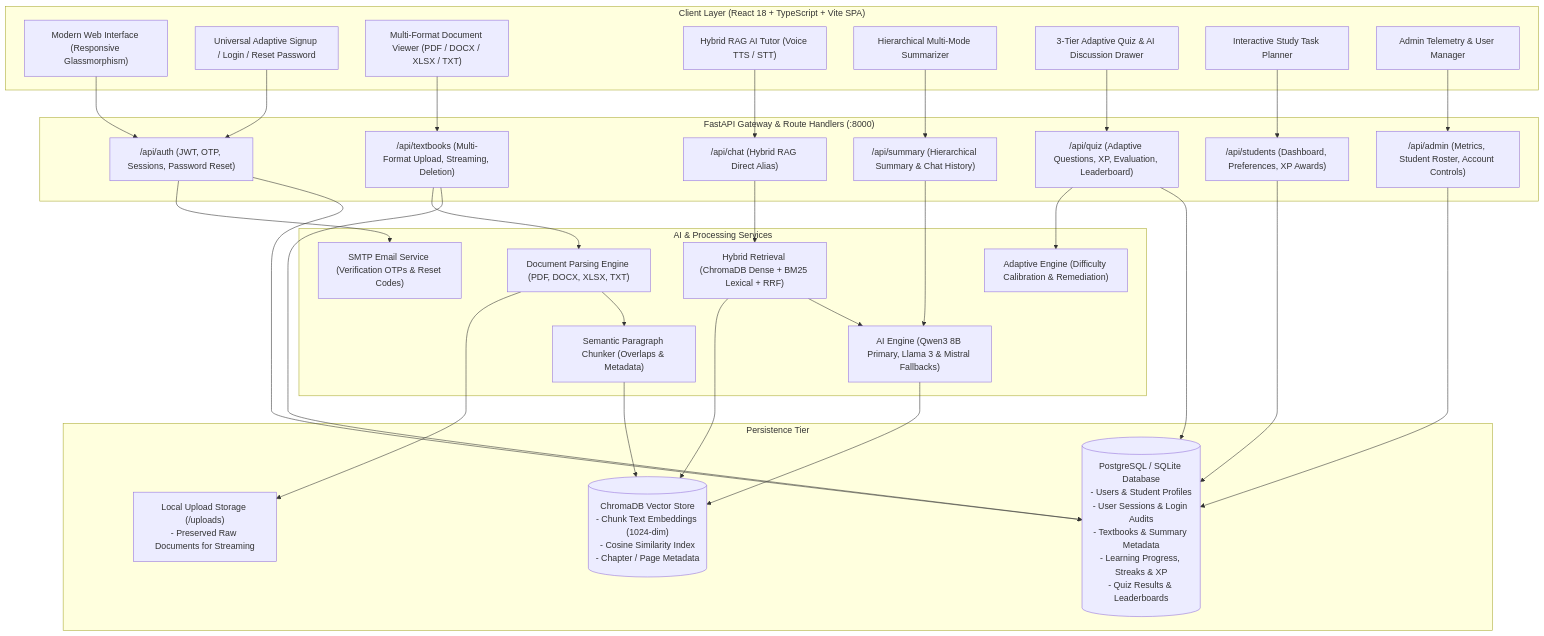
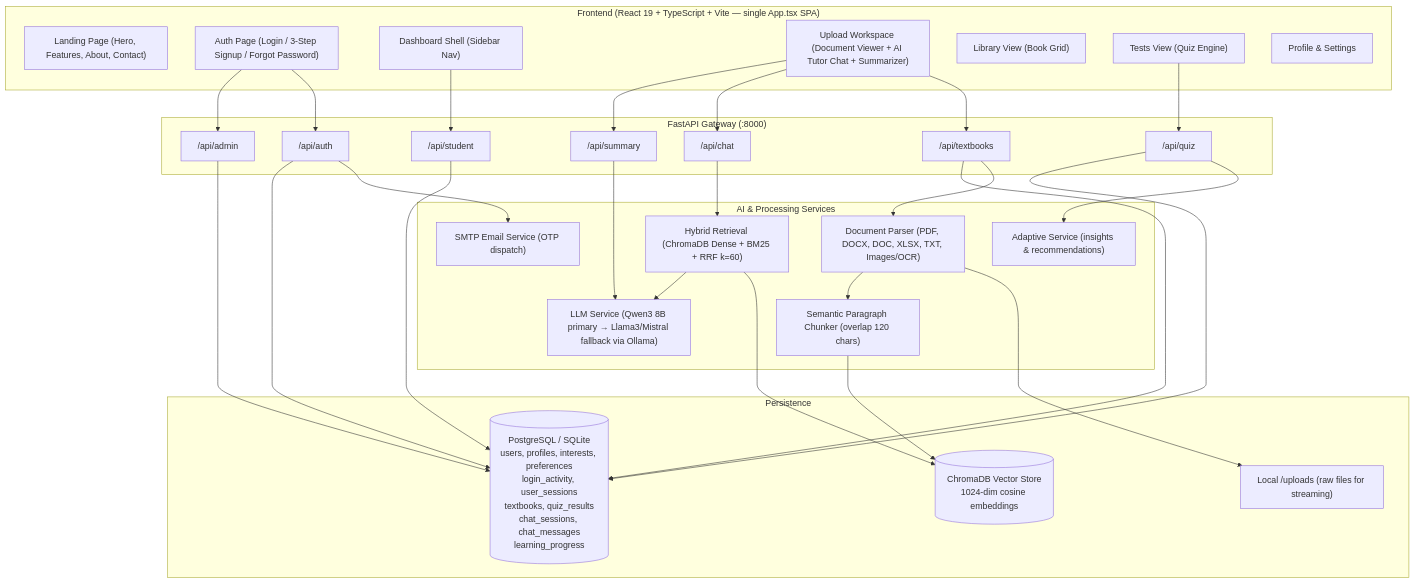
One commit to Tanushree-ponnuswamy/AARVA_LEARNING_APP changed the diagram in README.md. Above: the diagram before and after it, drawn with Mermaid. The commit also changed other lines of this file and 2 other files, not shown here.

Commit message:
docs: update documentation, README features, and detailed tech stack architecture

````diff
--- a/README.md
+++ b/README.md
@@ -61,66 +70,63 @@
 ```mermaid
 flowchart TD
-    subgraph ClientLayer ["Client Layer (React 18 + TypeScript + Vite SPA)"]
-        UI["Modern Web Interface (Responsive Glassmorphism)"]
-        AuthStepper["Universal Adaptive Signup / Login / Reset Password"]
-        DocViewer["Multi-Format Document Viewer (PDF / DOCX / XLSX / TXT)"]
-        TutorChat["Hybrid RAG AI Tutor (Voice TTS / STT)"]
-        Summarizer["Hierarchical Multi-Mode Summarizer"]
-        AdaptiveQuiz["3-Tier Adaptive Quiz & AI Discussion Drawer"]
-        TaskPlanner["Interactive Study Task Planner"]
-        AdminDashboard["Admin Telemetry & User Manager"]
+    subgraph ClientLayer ["Frontend (React 19 + TypeScript + Vite — single App.tsx SPA)"]
+        Landing["Landing Page (Hero, Features, About, Contact)"]
+        Auth["Auth Page (Login / 3-Step Signup / Forgot Password)"]
+        Dash["Dashboard Shell (Sidebar Nav)"]
+        Upload["Upload Workspace (Document Viewer + AI Tutor Chat + Summarizer)"]
+        Library["Library View (Book Grid)"]
+        Tests["Tests View (Quiz Engine)"]
+        ProfileSettings["Profile & Settings"]
     end
 
-    subgraph APILayer ["FastAPI Gateway & Route Handlers (:8000)"]
-        AuthRoute["/api/auth (JWT, OTP, Sessions, Password Reset)"]
-        AdminRoute["/api/admin (Metrics, Student Roster, Account Controls)"]
-        TextbookRoute["/api/textbooks (Multi-Format Upload, Streaming, Deletion)"]
-        SummaryRoute["/api/summary (Hierarchical Summary & Chat History)"]
-        ChatRoute["/api/chat (Hybrid RAG Direct Alias)"]
-        QuizRoute["/api/quiz (Adaptive Questions, XP, Evaluation, Leaderboard)"]
-        StudentRoute["/api/students (Dashboard, Preferences, XP Awards)"]
+    subgraph APILayer ["FastAPI Gateway (:8000)"]
+        AuthRoute["/api/auth"]
+        AdminRoute["/api/admin"]
+        TextbookRoute["/api/textbooks"]
+        SummaryRoute["/api/summary"]
+        ChatRoute["/api/chat"]
+        QuizRoute["/api/quiz"]
+        StudentRoute["/api/student"]
     end
 
     subgraph ServiceLayer ["AI & Processing Services"]
-        DocParser["Document Parsing Engine (PDF, DOCX, XLSX, TXT)"]
-        SemanticChunker["Semantic Paragraph Chunker (Overlaps & Metadata)"]
-        HybridEngine["Hybrid Retrieval (ChromaDB Dense + BM25 Lexical + RRF)"]
-        LLMService["AI Engine (Qwen3 8B Primary, Llama 3 & Mistral Fallbacks)"]
-        AdaptiveEngine["Adaptive Engine (Difficulty Calibration & Remediation)"]
-        EmailService["SMTP Email Service (Verification OTPs & Reset Codes)"]
+        DocParser["Document Parser (PDF, DOCX, DOC, XLSX, TXT, Images/OCR)"]
+        Chunker["Semantic Paragraph Chunker (overlap 120 chars)"]
+        HybridEngine["Hybrid Retrieval (ChromaDB Dense + BM25 + RRF k=60)"]
+        LLMService["LLM Service (Qwen3 8B primary → Llama3/Mistral fallback via Ollama)"]
+        AdaptiveEngine["Adaptive Service (insights & recommendations)"]
+        EmailService["SMTP Email Service (OTP dispatch)"]
     end
 
-    subgraph StorageLayer ["Persistence Tier"]
-        PostgresDB[("PostgreSQL / SQLite Database\n- Users & Student Profiles\n- User Sessions & Login Audits\n- Textbooks & Summary Metadata\n- Learning Progress, Streaks & XP\n- Quiz Results & Leaderboards")]
-        ChromaVectorDB[("ChromaDB Vector Store\n- Chunk Text Embeddings (1024-dim)\n- Cosine Similarity Index\n- Chapter / Page Metadata")]
-        DocStore["Local Upload Storage (/uploads)\n- Preserved Raw Documents for Streaming"]
+    subgraph StorageLayer ["Persistence"]
+        DB[("PostgreSQL / SQLite\nusers, profiles, interests, preferences\nlogin_activity, user_sessions\ntextbooks, quiz_results\nchat_sessions, chat_messages\nlearning_progress")]
+        ChromaVDB[("ChromaDB Vector Store\n1024-dim cosine embeddings")]
+        Disk["Local /uploads (raw files for streaming)"]
     end
 
-    UI --> AuthRoute
-    AuthStepper --> AuthRoute
-    DocViewer --> TextbookRoute
-    TutorChat --> ChatRoute
-    Summarizer --> SummaryRoute
-    AdaptiveQuiz --> QuizRoute
-    TaskPlanner --> StudentRoute
-    AdminDashboard --> AdminRoute
+    Auth --> AuthRoute
+    Upload --> TextbookRoute
+    Upload --> ChatRoute
+    Upload --> SummaryRoute
+    Tests --> QuizRoute
+    Dash --> StudentRoute
+    Auth --> AdminRoute
 
     AuthRoute --> EmailService
-    AuthRoute --> PostgresDB
-    AdminRoute --> PostgresDB
-    StudentRoute --> PostgresDB
+    AuthRoute --> DB
+    AdminRoute --> DB
+    StudentRoute --> DB
     QuizRoute --> AdaptiveEngine
-    QuizRoute --> PostgresDB
+    QuizRoute --> DB
 
     TextbookRoute --> DocParser
-    DocParser --> DocStore
-    DocParser --> SemanticChunker
-    SemanticChunker --> ChromaVectorDB
-    TextbookRoute --> PostgresDB
+    DocParser --> Disk
+    DocParser --> Chunker
+    Chunker --> ChromaVDB
+    TextbookRoute --> DB
 
     SummaryRoute --> LLMService
     ChatRoute --> HybridEngine
-    HybridEngine --> ChromaVectorDB
+    HybridEngine --> ChromaVDB
     HybridEngine --> LLMService
-    LLMService --> ChromaVectorDB
 ```
````
